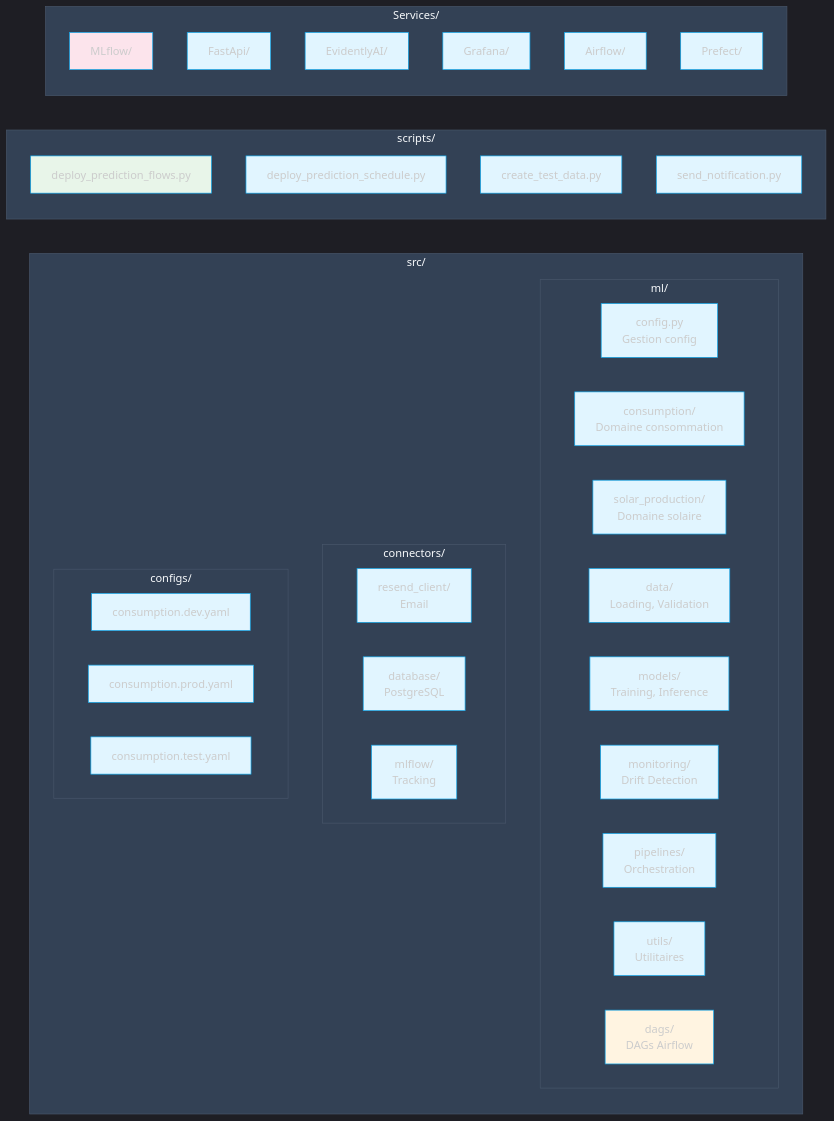
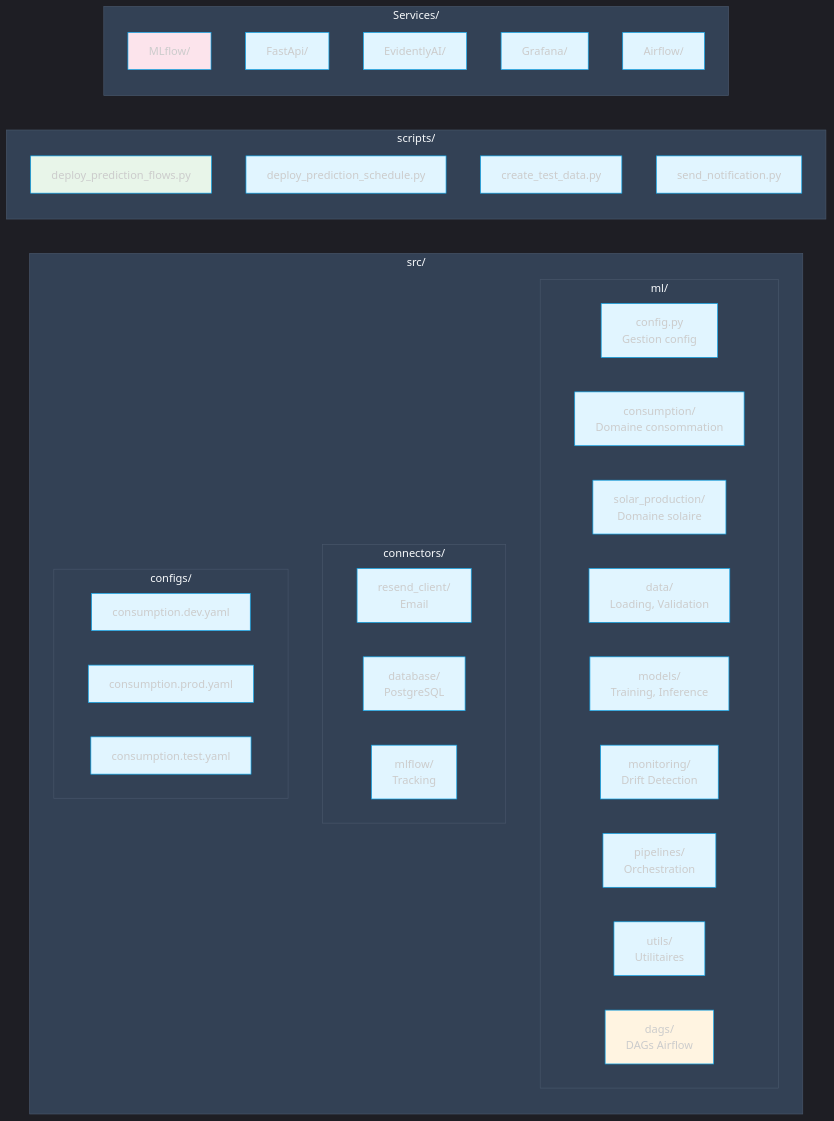
One commit to jinsudai/jinsudai changed the fourth of 10 diagrams in Services/docsify/docs/architecture-globale.md. Above: the diagram before and after it, drawn with Mermaid. The commit also changed other lines of this file and 12 other files, not shown here.

````diff
--- a/Services/docsify/docs/architecture-globale.md
+++ b/Services/docsify/docs/architecture-globale.md
@@ -154,50 +154,49 @@
 ```mermaid
 %%{init: {'theme': 'dark', 'themeVariables': {'primaryColor': '#e1f5ff', 'primaryTextColor': '#1e293b', 'primaryBorderColor': '#0ea5e9', 'lineColor': '#64748b', 'secondaryColor': '#fff4e1', 'tertiaryColor': '#fce4ec', 'background': '#1e293b', 'mainBkg': '#e1f5ff', 'nodeBorder': '#0ea5e9', 'clusterBkg': '#334155', 'clusterBorder': '#475569', 'titleColor': '#f8fafc', 'edgeLabelBackground': '#1e293b'}}}%%
 graph LR
     subgraph "src/"
         subgraph "ml/"
             M1[config.py<br/>Gestion config]
             M2[consumption/<br/>Domaine consommation]
             M3[solar_production/<br/>Domaine solaire]
             M4[data/<br/>Loading, Validation]
             M5[models/<br/>Training, Inference]
             M6[monitoring/<br/>Drift Detection]
             M7[pipelines/<br/>Orchestration]
             M8[utils/<br/>Utilitaires]
             M9[dags/<br/>DAGs Airflow]
         end
         
         subgraph "connectors/"
             C1[resend_client/<br/>Email]
             C2[database/<br/>PostgreSQL]
             C3[mlflow/<br/>Tracking]
         end
         
         subgraph "configs/"
             CFG1[consumption.dev.yaml]
             CFG2[consumption.prod.yaml]
             CFG3[consumption.test.yaml]
         end
     end
     
     subgraph "scripts/"
         S1[deploy_prediction_flows.py]
         S2[deploy_prediction_schedule.py]
         S3[create_test_data.py]
         S4[send_notification.py]
     end
     
     subgraph "Services/"
         SVC1[MLflow/]
         SVC2[FastApi/]
         SVC3[EvidentlyAI/]
         SVC4[Grafana/]
         SVC5[Airflow/]
-        SVC6[Prefect/]
     end
     
     style M1 fill:#e1f5ff
     style M9 fill:#fff4e1
     style S1 fill:#e8f5e9
     style SVC1 fill:#fce4ec
 ```
````
